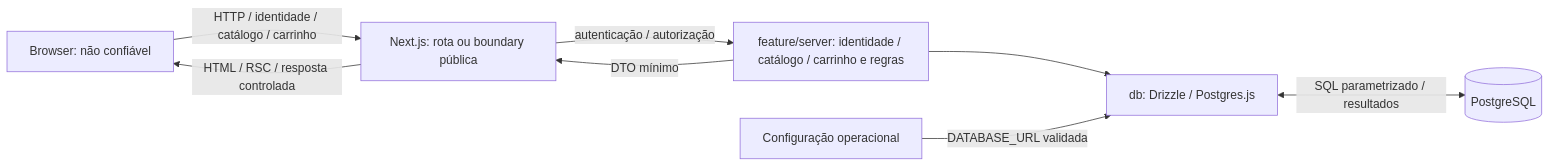
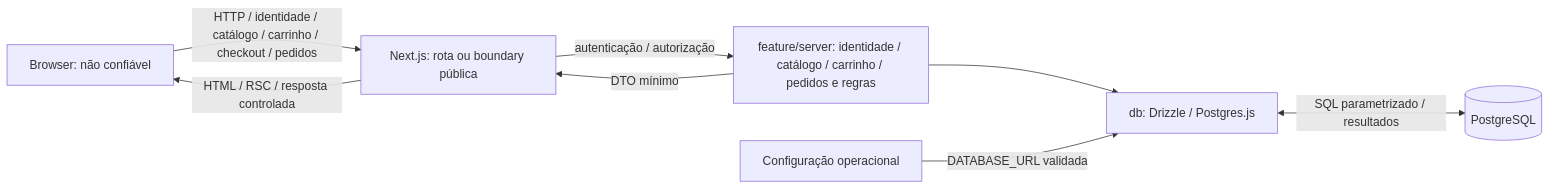
One commit to joaoapassos/guardian-bay changed the diagram in docs/architecture/threat-model.md. Above: the diagram before and after it, drawn with Mermaid. The commit also changed other lines of this file and 2 other files, not shown here.

Commit message:
chore: validate checkout and orders epic (ECMSG-78)

````diff
--- a/docs/architecture/threat-model.md
+++ b/docs/architecture/threat-model.md
@@ -30,10 +30,10 @@
 ```mermaid
 flowchart LR
-    Browser["Browser: não confiável"] -->|"HTTP / identidade / catálogo / carrinho"| Next["Next.js: rota ou boundary pública"]
-    Next -->|"autenticação / autorização"| Feature["feature/server: identidade / catálogo / carrinho e regras"]
+    Browser["Browser: não confiável"] -->|"HTTP / identidade / catálogo / carrinho / checkout / pedidos"| Next["Next.js: rota ou boundary pública"]
+    Next -->|"autenticação / autorização"| Feature["feature/server: identidade / catálogo / carrinho / pedidos e regras"]
     Feature --> DB["db: Drizzle / Postgres.js"]
     DB <-->|"SQL parametrizado / resultados"| PG[(PostgreSQL)]
     Feature -->|"DTO mínimo"| Next
     Next -->|"HTML / RSC / resposta controlada"| Browser
     Config["Configuração operacional"] -->|"DATABASE_URL validada"| DB
 ```
````
